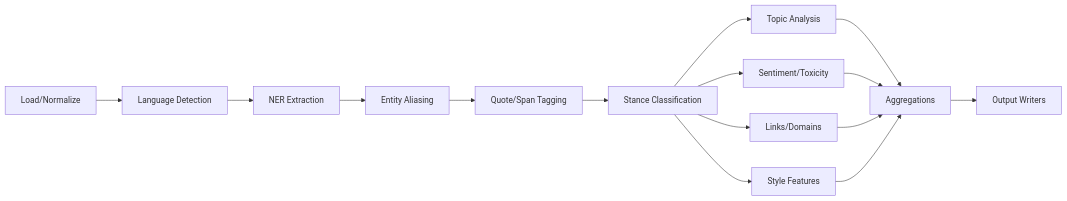
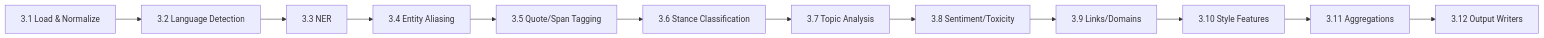
The diagram in WARP.md (hassanzouhar/v0lur), drawn with Mermaid before and after one commit. The commit also changed other lines of this file and 8 other files, not shown here.

````diff
--- a/WARP.md
+++ b/WARP.md
@@ -331,17 +371,14 @@
 ```mermaid
 graph LR
-    A[Load/Normalize] --> B[Language Detection]
-    B --> C[NER Extraction]
-    C --> D[Entity Aliasing]
-    D --> E[Quote/Span Tagging]
-    E --> F[Stance Classification]
-    F --> G[Topic Analysis]
-    F --> H[Sentiment/Toxicity]
-    F --> I[Links/Domains]
-    F --> J[Style Features]
-    G --> K[Aggregations]
-    H --> K
-    I --> K
-    J --> K
-    K --> L[Output Writers]
+    A[3.1 Load & Normalize] --> B[3.2 Language Detection]
+    B --> C[3.3 NER]
+    C --> D[3.4 Entity Aliasing]
+    D --> E[3.5 Quote/Span Tagging]
+    E --> F[3.6 Stance Classification]
+    F --> G[3.7 Topic Analysis]
+    G --> H[3.8 Sentiment/Toxicity]
+    H --> I[3.9 Links/Domains]
+    I --> J[3.10 Style Features]
+    J --> K[3.11 Aggregations]
+    K --> L[3.12 Output Writers]
 ```
````
